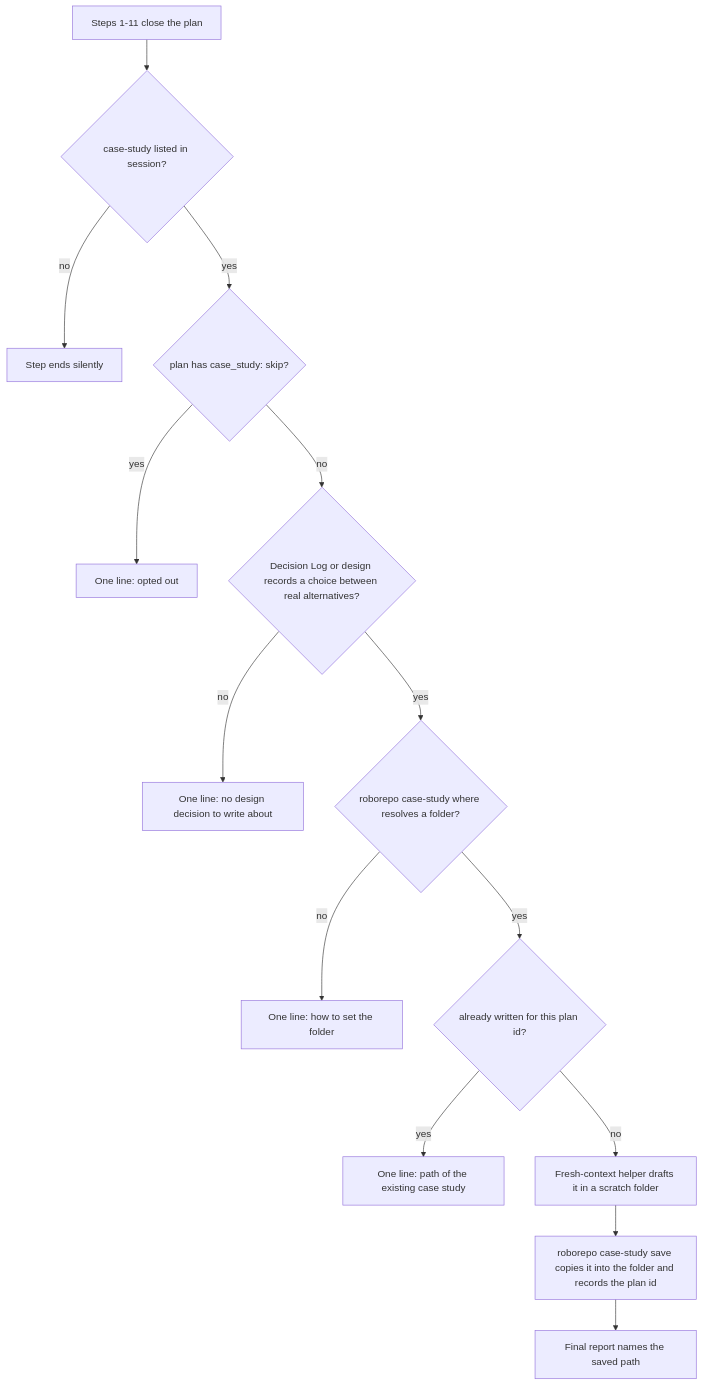
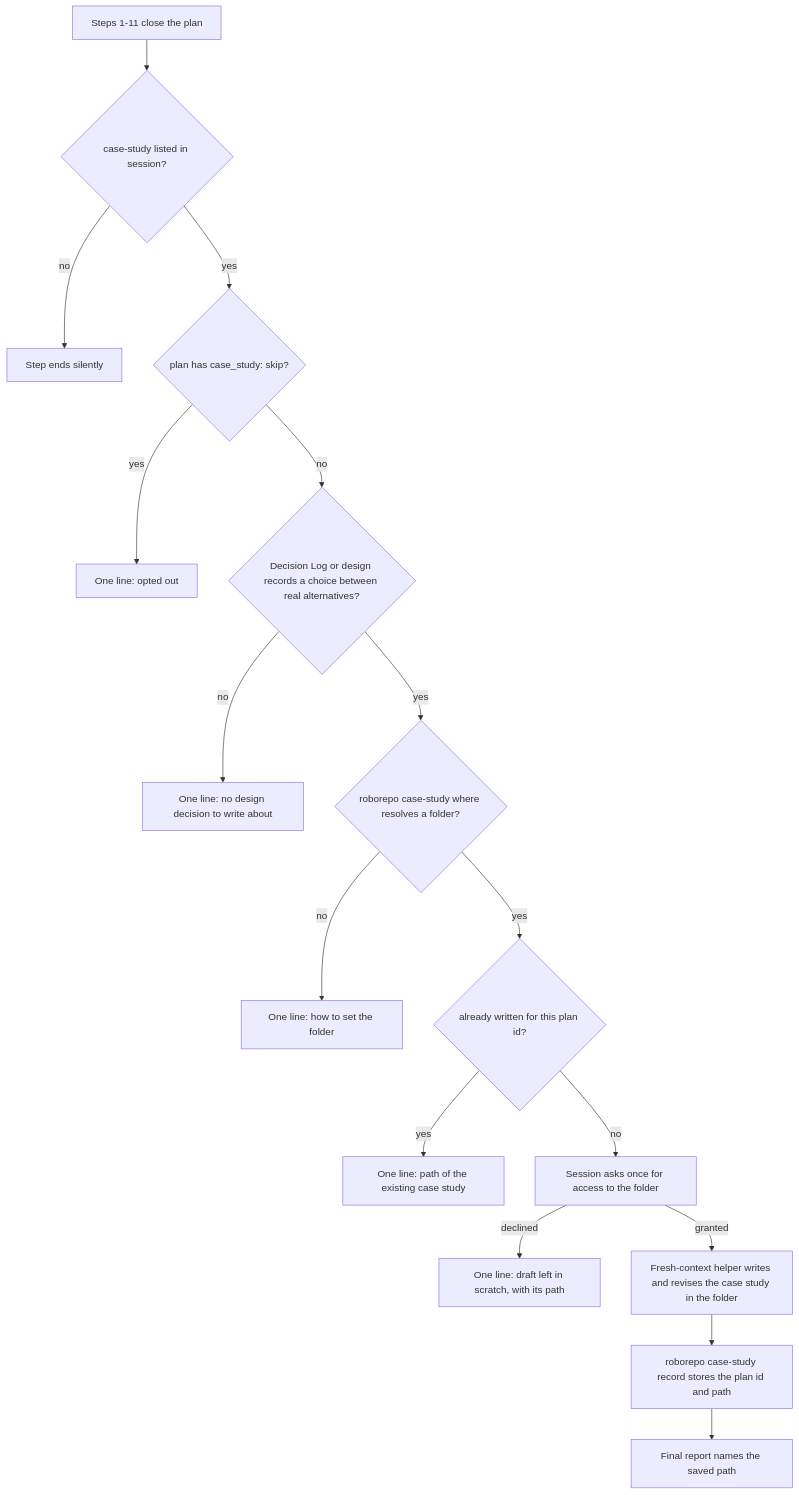
The diagram in plans/backlog/plans-close-case-study.md (kirinmurphy/roborepo-alpha), drawn with Mermaid before and after one commit. The commit also changed other lines of this file, not shown here.

Commit message:
Update plan plans-close-case-study

````diff
--- a/plans/backlog/plans-close-case-study.md
+++ b/plans/backlog/plans-close-case-study.md
@@ -66,16 +69,18 @@
 ```mermaid
 flowchart TD
   A[Steps 1-11 close the plan] --> B{case-study listed in session?}
   B -- no --> Z[Step ends silently]
   B -- yes --> C{plan has case_study: skip?}
   C -- yes --> Y[One line: opted out]
   C -- no --> D{Decision Log or design records a choice between real alternatives?}
   D -- no --> X[One line: no design decision to write about]
   D -- yes --> E{roborepo case-study where resolves a folder?}
   E -- no --> W[One line: how to set the folder]
   E -- yes --> F{already written for this plan id?}
   F -- yes --> V[One line: path of the existing case study]
-  F -- no --> G[Fresh-context helper drafts it in a scratch folder]
-  G --> H[roborepo case-study save copies it into the folder and records the plan id]
+  F -- no --> P[Session asks once for access to the folder]
+  P -- declined --> U[One line: draft left in scratch, with its path]
+  P -- granted --> G[Fresh-context helper writes and revises the case study in the folder]
+  G --> H[roborepo case-study record stores the plan id and path]
   H --> I[Final report names the saved path]
 ```
````
